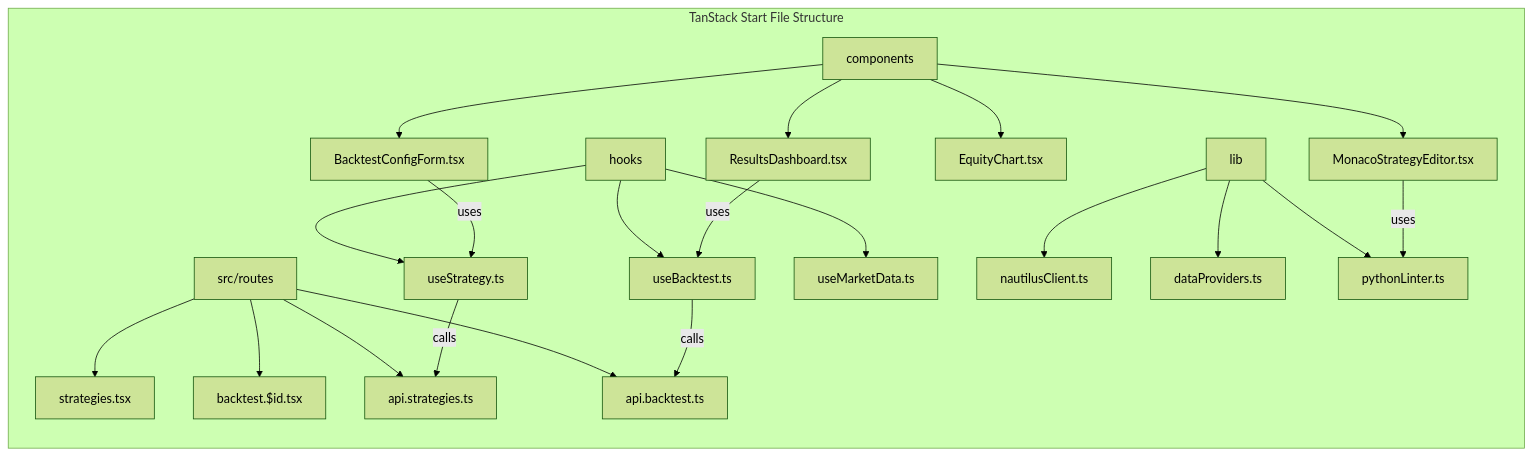
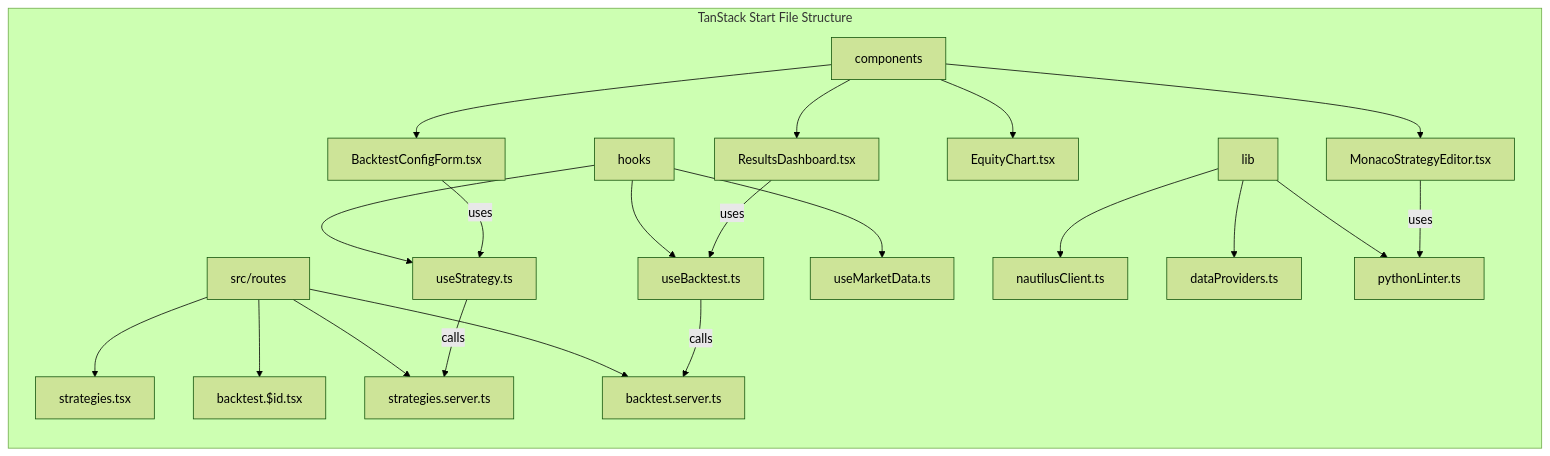
One commit to huydhoang/quantlens-docs changed the second of 8 diagrams in system_design.md. Above: the diagram before and after it, drawn with Mermaid (forest theme). The commit also changed other lines of this file and 3 other files, not shown here.

````diff
--- a/system_design.md
+++ b/system_design.md
@@ -59,28 +60,28 @@
 ```mermaid
 graph LR
     subgraph "TanStack Start File Structure"
         A[src/routes] --> B[strategies.tsx]
         A --> C[backtest.$id.tsx]
-        A --> D[api.strategies.ts]
-        A --> E[api.backtest.ts]
+        A --> D[strategies.server.ts]
+        A --> E[backtest.server.ts]
         
         F[components] --> G[MonacoStrategyEditor.tsx]
         F --> H[BacktestConfigForm.tsx]
         F --> H1[ResultsDashboard.tsx]
         F --> H2[EquityChart.tsx]
         
         I[hooks] --> J[useStrategy.ts]
         I --> K[useBacktest.ts]
         I --> L[useMarketData.ts]
         
         M[lib] --> N[nautilusClient.ts]
         M --> O[dataProviders.ts]
         M --> P[pythonLinter.ts]
     end
     
     G -->|uses| P
     J -->|calls| D
     K -->|calls| E
     H -->|uses| J
     H1 -->|uses| K
 ```
````
